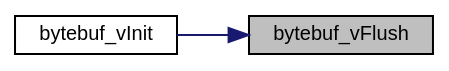
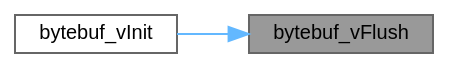
One commit to ebs-universe/piolib-ds changed the diagram in bytebuf_8h_a3c8c9d0a2eb3ddb74f5b82f3f54dadbb_icgraph.dot. Above: the diagram before and after it, drawn with Graphviz. The commit also changed 536 other files, not shown here.

```diff
--- a/bytebuf_8h_a3c8c9d0a2eb3ddb74f5b82f3f54dadbb_icgraph.dot
+++ b/bytebuf_8h_a3c8c9d0a2eb3ddb74f5b82f3f54dadbb_icgraph.dot
@@ -1,12 +1,12 @@
 digraph "bytebuf_vFlush"
 {
  // INTERACTIVE_SVG=YES
  // LATEX_PDF_SIZE
   bgcolor="transparent";
-  edge [fontname="Helvetica",fontsize="10",labelfontname="Helvetica",labelfontsize="10"];
-  node [fontname="Helvetica",fontsize="10",shape=record];
+  edge [fontname=Helvetica,fontsize=10,labelfontname=Helvetica,labelfontsize=10];
+  node [fontname=Helvetica,fontsize=10,shape=box,height=0.2,width=0.4];
   rankdir="RL";
-  Node1 [label="bytebuf_vFlush",height=0.2,width=0.4,color="black", fillcolor="grey75", style="filled", fontcolor="black",tooltip=" "];
-  Node1 -> Node2 [dir="back",color="midnightblue",fontsize="10",style="solid",fontname="Helvetica"];
-  Node2 [label="bytebuf_vInit",height=0.2,width=0.4,color="black",URL="$bytebuf_8c.html#a6435336351510fb192eac2a46fa6de5b",tooltip=" "];
+  Node1 [id="Node000001",label="bytebuf_vFlush",height=0.2,width=0.4,color="gray40", fillcolor="grey60", style="filled", fontcolor="black",tooltip=" "];
+  Node1 -> Node2 [id="edge1_Node000001_Node000002",dir="back",color="steelblue1",style="solid",tooltip=" "];
+  Node2 [id="Node000002",label="bytebuf_vInit",height=0.2,width=0.4,color="grey40", fillcolor="white", style="filled",URL="$bytebuf_8c.html#a6435336351510fb192eac2a46fa6de5b",tooltip=" "];
 }
```
